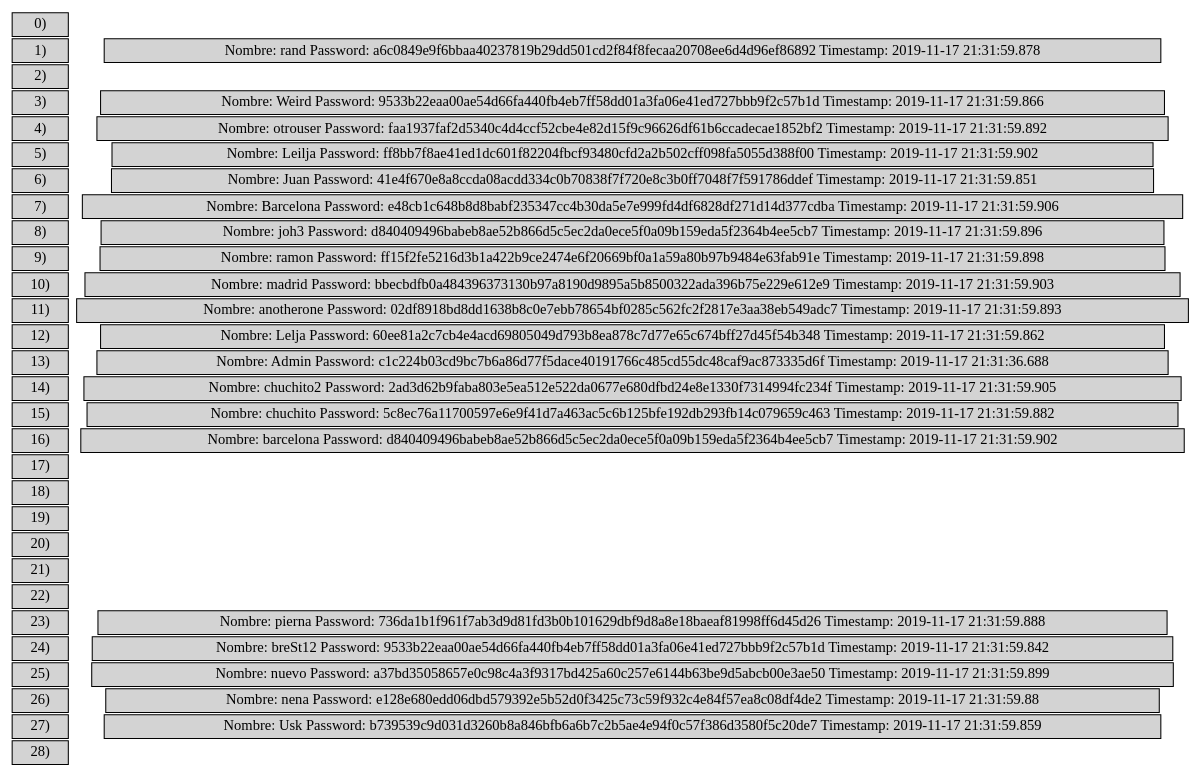
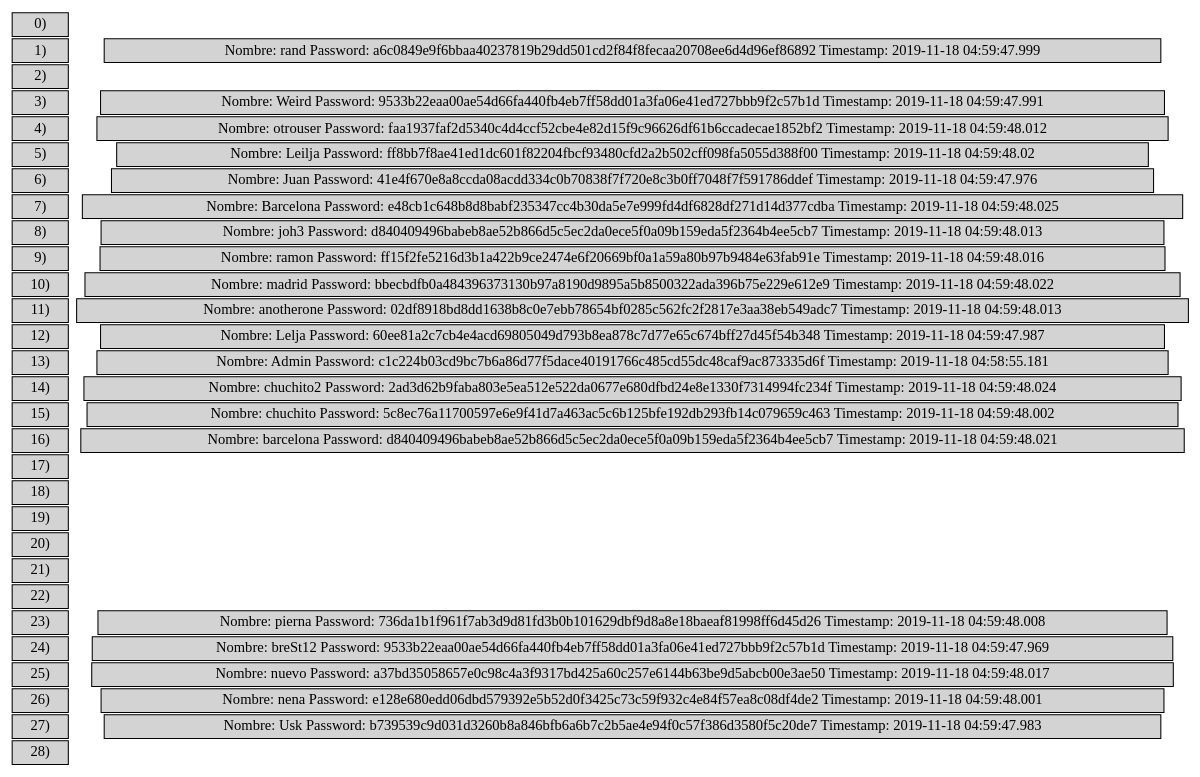
One commit to JPineda12/EDD_2S2019_PY2_201404405 changed the diagram in Reports/UsersHashTable.dot. Above: the diagram before and after it, drawn with Graphviz. The commit also changed 51 other files, not shown here.

```diff
--- a/Reports/UsersHashTable.dot
+++ b/Reports/UsersHashTable.dot
@@ -1,77 +1,77 @@
 digraph G {
      rankdir = LR;
 	graph[ranksep = "0.02"];
      node [shape=record,height=.1];
      node[style = "filled"];
      sep=0;
      nodesep=0
      indice28[label= "28)"];
      indice27[label= "27)"];
      indice26[label= "26)"];
      indice25[label= "25)"];
      indice24[label= "24)"];
      indice23[label= "23)"];
      indice22[label= "22)"];
      indice21[label= "21)"];
      indice20[label= "20)"];
      indice19[label= "19)"];
      indice18[label= "18)"];
      indice17[label= "17)"];
      indice16[label= "16)"];
      indice15[label= "15)"];
      indice14[label= "14)"];
      indice13[label= "13)"];
      indice12[label= "12)"];
      indice11[label= "11)"];
      indice10[label= "10)"];
      indice9[label= "9)"];
      indice8[label= "8)"];
      indice7[label= "7)"];
      indice6[label= "6)"];
      indice5[label= "5)"];
      indice4[label= "4)"];
      indice3[label= "3)"];
      indice2[label= "2)"];
      indice1[label= "1)"];
      indice0[label= "0)"];
-     node2[label = "{Nombre: rand  Password: a6c0849e9f6bbaa40237819b29dd501cd2f84f8fecaa20708ee6d4d96ef86892  Timestamp: 2019-11-17 21:31:59.878}" width = 10];
+     node2[label = "{Nombre: rand  Password: a6c0849e9f6bbaa40237819b29dd501cd2f84f8fecaa20708ee6d4d96ef86892  Timestamp: 2019-11-18 04:59:47.999}" width = 10];
      indice1->node2 [style=invis];
-     node4[label = "{Nombre: Weird  Password: 9533b22eaa00ae54d66fa440fb4eb7ff58dd01a3fa06e41ed727bbb9f2c57b1d  Timestamp: 2019-11-17 21:31:59.866}" width = 10];
+     node4[label = "{Nombre: Weird  Password: 9533b22eaa00ae54d66fa440fb4eb7ff58dd01a3fa06e41ed727bbb9f2c57b1d  Timestamp: 2019-11-18 04:59:47.991}" width = 10];
      indice3->node4 [style=invis];
-     node5[label = "{Nombre: otrouser  Password: faa1937faf2d5340c4d4ccf52cbe4e82d15f9c96626df61b6ccadecae1852bf2  Timestamp: 2019-11-17 21:31:59.892}" width = 10];
+     node5[label = "{Nombre: otrouser  Password: faa1937faf2d5340c4d4ccf52cbe4e82d15f9c96626df61b6ccadecae1852bf2  Timestamp: 2019-11-18 04:59:48.012}" width = 10];
      indice4->node5 [style=invis];
-     node6[label = "{Nombre: Leilja  Password: ff8bb7f8ae41ed1dc601f82204fbcf93480cfd2a2b502cff098fa5055d388f00  Timestamp: 2019-11-17 21:31:59.902}" width = 10];
+     node6[label = "{Nombre: Leilja  Password: ff8bb7f8ae41ed1dc601f82204fbcf93480cfd2a2b502cff098fa5055d388f00  Timestamp: 2019-11-18 04:59:48.02}" width = 10];
      indice5->node6 [style=invis];
-     node7[label = "{Nombre: Juan  Password: 41e4f670e8a8ccda08acdd334c0b70838f7f720e8c3b0ff7048f7f591786ddef  Timestamp: 2019-11-17 21:31:59.851}" width = 10];
+     node7[label = "{Nombre: Juan  Password: 41e4f670e8a8ccda08acdd334c0b70838f7f720e8c3b0ff7048f7f591786ddef  Timestamp: 2019-11-18 04:59:47.976}" width = 10];
      indice6->node7 [style=invis];
-     node8[label = "{Nombre: Barcelona  Password: e48cb1c648b8d8babf235347cc4b30da5e7e999fd4df6828df271d14d377cdba  Timestamp: 2019-11-17 21:31:59.906}" width = 10];
+     node8[label = "{Nombre: Barcelona  Password: e48cb1c648b8d8babf235347cc4b30da5e7e999fd4df6828df271d14d377cdba  Timestamp: 2019-11-18 04:59:48.025}" width = 10];
      indice7->node8 [style=invis];
-     node9[label = "{Nombre: joh3  Password: d840409496babeb8ae52b866d5c5ec2da0ece5f0a09b159eda5f2364b4ee5cb7  Timestamp: 2019-11-17 21:31:59.896}" width = 10];
+     node9[label = "{Nombre: joh3  Password: d840409496babeb8ae52b866d5c5ec2da0ece5f0a09b159eda5f2364b4ee5cb7  Timestamp: 2019-11-18 04:59:48.013}" width = 10];
      indice8->node9 [style=invis];
-     node10[label = "{Nombre: ramon  Password: ff15f2fe5216d3b1a422b9ce2474e6f20669bf0a1a59a80b97b9484e63fab91e  Timestamp: 2019-11-17 21:31:59.898}" width = 10];
+     node10[label = "{Nombre: ramon  Password: ff15f2fe5216d3b1a422b9ce2474e6f20669bf0a1a59a80b97b9484e63fab91e  Timestamp: 2019-11-18 04:59:48.016}" width = 10];
      indice9->node10 [style=invis];
-     node11[label = "{Nombre: madrid  Password: bbecbdfb0a484396373130b97a8190d9895a5b8500322ada396b75e229e612e9  Timestamp: 2019-11-17 21:31:59.903}" width = 10];
+     node11[label = "{Nombre: madrid  Password: bbecbdfb0a484396373130b97a8190d9895a5b8500322ada396b75e229e612e9  Timestamp: 2019-11-18 04:59:48.022}" width = 10];
      indice10->node11 [style=invis];
-     node12[label = "{Nombre: anotherone  Password: 02df8918bd8dd1638b8c0e7ebb78654bf0285c562fc2f2817e3aa38eb549adc7  Timestamp: 2019-11-17 21:31:59.893}" width = 10];
+     node12[label = "{Nombre: anotherone  Password: 02df8918bd8dd1638b8c0e7ebb78654bf0285c562fc2f2817e3aa38eb549adc7  Timestamp: 2019-11-18 04:59:48.013}" width = 10];
      indice11->node12 [style=invis];
-     node13[label = "{Nombre: Lelja  Password: 60ee81a2c7cb4e4acd69805049d793b8ea878c7d77e65c674bff27d45f54b348  Timestamp: 2019-11-17 21:31:59.862}" width = 10];
+     node13[label = "{Nombre: Lelja  Password: 60ee81a2c7cb4e4acd69805049d793b8ea878c7d77e65c674bff27d45f54b348  Timestamp: 2019-11-18 04:59:47.987}" width = 10];
      indice12->node13 [style=invis];
-     node14[label = "{Nombre: Admin  Password: c1c224b03cd9bc7b6a86d77f5dace40191766c485cd55dc48caf9ac873335d6f  Timestamp: 2019-11-17 21:31:36.688}" width = 10];
+     node14[label = "{Nombre: Admin  Password: c1c224b03cd9bc7b6a86d77f5dace40191766c485cd55dc48caf9ac873335d6f  Timestamp: 2019-11-18 04:58:55.181}" width = 10];
      indice13->node14 [style=invis];
-     node15[label = "{Nombre: chuchito2  Password: 2ad3d62b9faba803e5ea512e522da0677e680dfbd24e8e1330f7314994fc234f  Timestamp: 2019-11-17 21:31:59.905}" width = 10];
+     node15[label = "{Nombre: chuchito2  Password: 2ad3d62b9faba803e5ea512e522da0677e680dfbd24e8e1330f7314994fc234f  Timestamp: 2019-11-18 04:59:48.024}" width = 10];
      indice14->node15 [style=invis];
-     node16[label = "{Nombre: chuchito  Password: 5c8ec76a11700597e6e9f41d7a463ac5c6b125bfe192db293fb14c079659c463  Timestamp: 2019-11-17 21:31:59.882}" width = 10];
+     node16[label = "{Nombre: chuchito  Password: 5c8ec76a11700597e6e9f41d7a463ac5c6b125bfe192db293fb14c079659c463  Timestamp: 2019-11-18 04:59:48.002}" width = 10];
      indice15->node16 [style=invis];
-     node17[label = "{Nombre: barcelona  Password: d840409496babeb8ae52b866d5c5ec2da0ece5f0a09b159eda5f2364b4ee5cb7  Timestamp: 2019-11-17 21:31:59.902}" width = 10];
+     node17[label = "{Nombre: barcelona  Password: d840409496babeb8ae52b866d5c5ec2da0ece5f0a09b159eda5f2364b4ee5cb7  Timestamp: 2019-11-18 04:59:48.021}" width = 10];
      indice16->node17 [style=invis];
-     node24[label = "{Nombre: pierna  Password: 736da1b1f961f7ab3d9d81fd3b0b101629dbf9d8a8e18baeaf81998ff6d45d26  Timestamp: 2019-11-17 21:31:59.888}" width = 10];
+     node24[label = "{Nombre: pierna  Password: 736da1b1f961f7ab3d9d81fd3b0b101629dbf9d8a8e18baeaf81998ff6d45d26  Timestamp: 2019-11-18 04:59:48.008}" width = 10];
      indice23->node24 [style=invis];
-     node25[label = "{Nombre: breSt12  Password: 9533b22eaa00ae54d66fa440fb4eb7ff58dd01a3fa06e41ed727bbb9f2c57b1d  Timestamp: 2019-11-17 21:31:59.842}" width = 10];
+     node25[label = "{Nombre: breSt12  Password: 9533b22eaa00ae54d66fa440fb4eb7ff58dd01a3fa06e41ed727bbb9f2c57b1d  Timestamp: 2019-11-18 04:59:47.969}" width = 10];
      indice24->node25 [style=invis];
-     node26[label = "{Nombre: nuevo  Password: a37bd35058657e0c98c4a3f9317bd425a60c257e6144b63be9d5abcb00e3ae50  Timestamp: 2019-11-17 21:31:59.899}" width = 10];
+     node26[label = "{Nombre: nuevo  Password: a37bd35058657e0c98c4a3f9317bd425a60c257e6144b63be9d5abcb00e3ae50  Timestamp: 2019-11-18 04:59:48.017}" width = 10];
      indice25->node26 [style=invis];
-     node27[label = "{Nombre: nena  Password: e128e680edd06dbd579392e5b52d0f3425c73c59f932c4e84f57ea8c08df4de2  Timestamp: 2019-11-17 21:31:59.88}" width = 10];
+     node27[label = "{Nombre: nena  Password: e128e680edd06dbd579392e5b52d0f3425c73c59f932c4e84f57ea8c08df4de2  Timestamp: 2019-11-18 04:59:48.001}" width = 10];
      indice26->node27 [style=invis];
-     node28[label = "{Nombre: Usk  Password: b739539c9d031d3260b8a846bfb6a6b7c2b5ae4e94f0c57f386d3580f5c20de7  Timestamp: 2019-11-17 21:31:59.859}" width = 10];
+     node28[label = "{Nombre: Usk  Password: b739539c9d031d3260b8a846bfb6a6b7c2b5ae4e94f0c57f386d3580f5c20de7  Timestamp: 2019-11-18 04:59:47.983}" width = 10];
      indice27->node28 [style=invis];
 }
```
